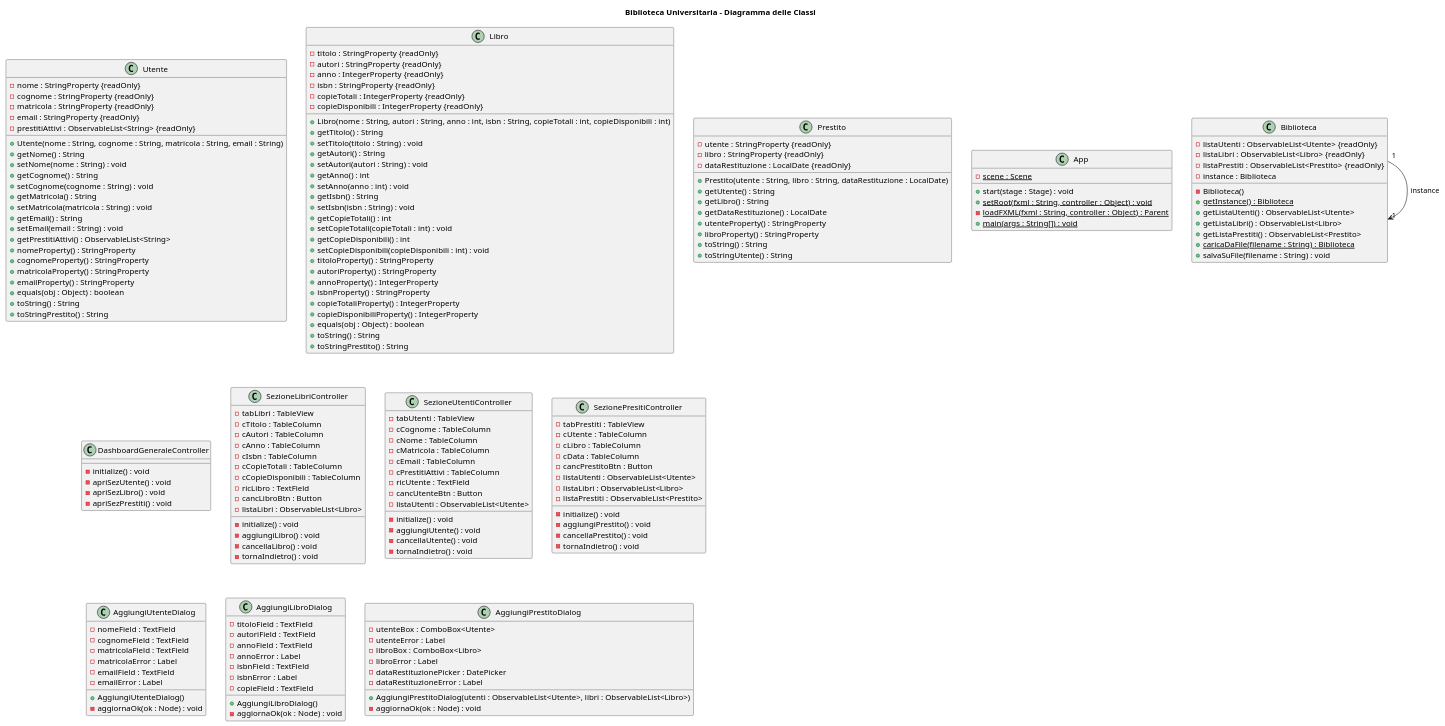
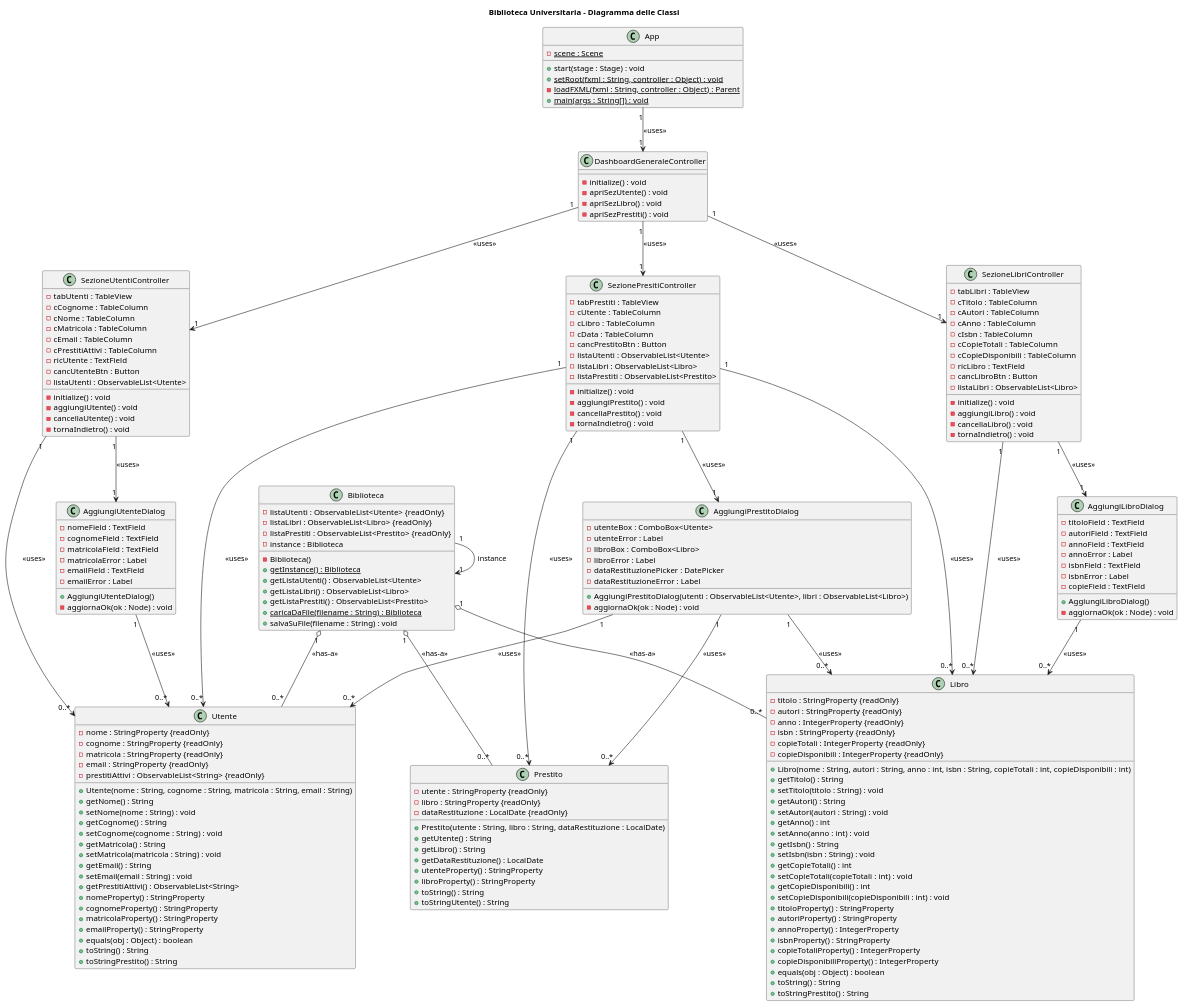
The diagram in Diagramma delle Classi/PlantUML/Diagramma delle Classi.puml (AngeloMastandrea04/SoftEng2025_G19), drawn with PlantUML before and after one commit.

Commit message:
Update Diagramma delle Classi.puml
Diagramma delle Classi.puml:
-Aggiunta relazioni tra le Classi.

```diff
--- a/Diagramma delle Classi/PlantUML/Diagramma delle Classi.puml
+++ b/Diagramma delle Classi/PlantUML/Diagramma delle Classi.puml
@@ -184,7 +184,46 @@
     - aggiornaOk(ok : Node) : void
 }
 
+
+
+' Start dell'Applicazione e Dashboard Generale
+App "1" --> "1" DashboardGeneraleController : <<uses>>
+
+DashboardGeneraleController "1" --> "1" SezioneUtentiController : <<uses>>
+DashboardGeneraleController "1" --> "1" SezioneLibriController : <<uses>>
+DashboardGeneraleController "1" --> "1" SezionePresitiController : <<uses>>
+
+
+' Biblioteca
+Biblioteca "1" o-- "0..*" Utente : <<has-a>>
+Biblioteca "1" o-- "0..*" Libro : <<has-a>>
+Biblioteca "1" o-- "0..*" Prestito : <<has-a>>
+
 ' Relazione Singleton: instance contiene l'unica istanza della classe Biblioteca
 Biblioteca "1" --> "1" Biblioteca : instance
 
+
+' Controller
+SezioneUtentiController "1" --> "0..*" Utente : <<uses>>
+SezioneLibriController "1" --> "0..*" Libro : <<uses>>
+
+SezionePresitiController "1" --> "0..*" Prestito : <<uses>>
+SezionePresitiController "1" --> "0..*" Utente : <<uses>>
+SezionePresitiController "1" --> "0..*" Libro : <<uses>>
+
+' Relazione tra Controller e Finestre di Dialogo
+SezioneUtentiController "1" --> "1" AggiungiUtenteDialog : <<uses>>
+SezioneLibriController "1" --> "1" AggiungiLibroDialog : <<uses>>
+SezionePresitiController "1" --> "1" AggiungiPrestitoDialog : <<uses>>
+
+
+' Finestre di Dialogo
+AggiungiUtenteDialog "1" --> "0..*" Utente : <<uses>>
+AggiungiLibroDialog "1" --> "0..*" Libro : <<uses>>
+
+AggiungiPrestitoDialog "1" --> "0..*" Prestito : <<uses>>
+AggiungiPrestitoDialog "1" --> "0..*" Utente : <<uses>>
+AggiungiPrestitoDialog "1" --> "0..*" Libro : <<uses>>
+
+
 @enduml
```
